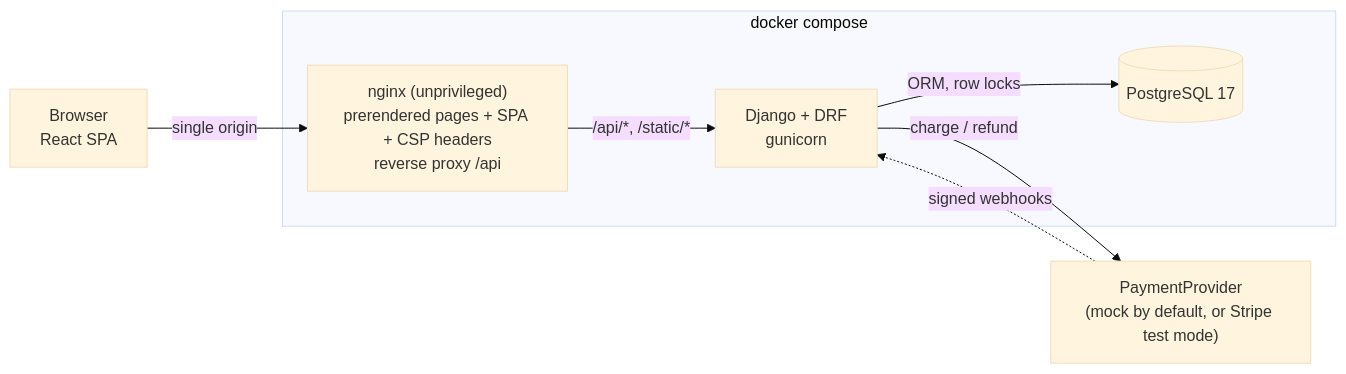
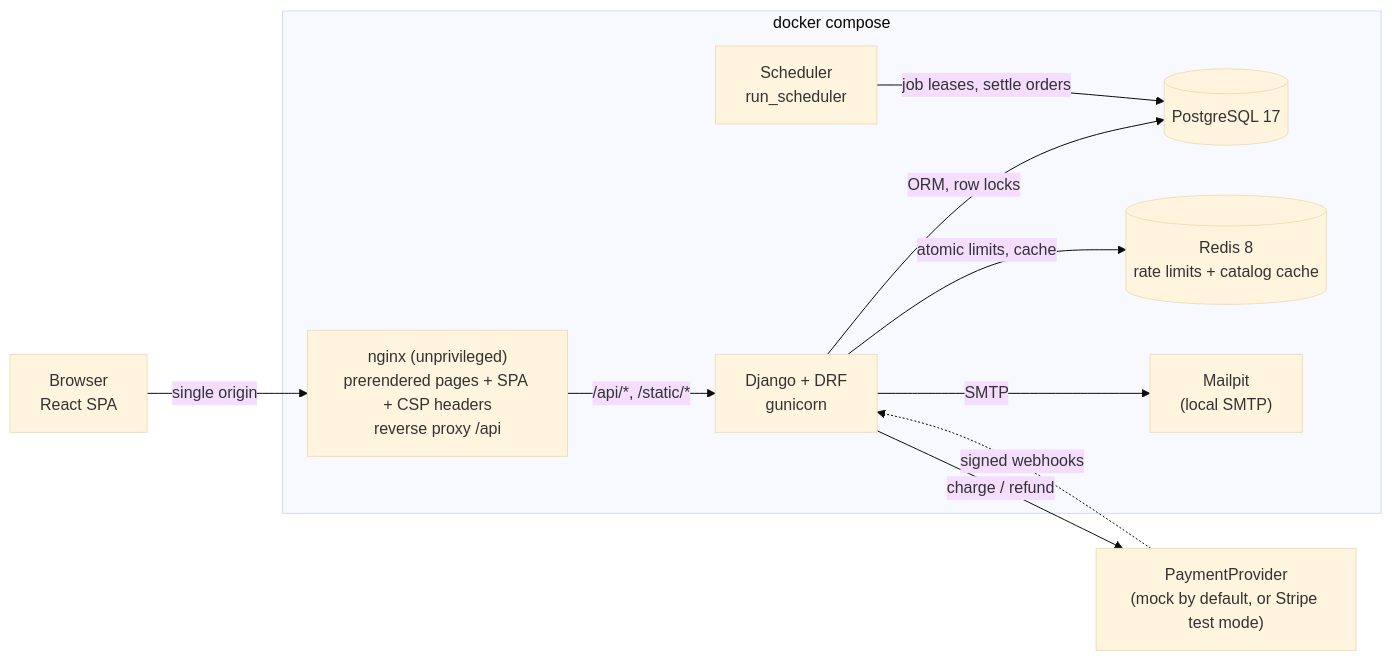
One commit to Arya-9989/SecureCart-Cloud-Native-Security-Enhanced-eCommerce-Platform changed the first of 2 diagrams in README.md. Above: the diagram before and after it, drawn with Mermaid (base theme). The commit also changed other lines of this file and 27 other files, not shown here.

First line of the commit message:
feat(platform): Redis for atomic rate limits and the catalog cache, plus a multi-instance-safe scheduler

````diff
--- a/README.md
+++ b/README.md
@@ -69,18 +73,24 @@
 ```mermaid
 flowchart LR
     browser["Browser<br/>React SPA"]
 
     subgraph compose["docker compose"]
         nginx["nginx (unprivileged)<br/>prerendered pages + SPA + CSP headers<br/>reverse proxy /api"]
         api["Django + DRF<br/>gunicorn"]
+        scheduler["Scheduler<br/>run_scheduler"]
         db[("PostgreSQL 17")]
+        redis[("Redis 8<br/>rate limits + catalog cache")]
+        mail["Mailpit<br/>(local SMTP)"]
     end
 
     payment["PaymentProvider<br/>(mock by default, or Stripe test mode)"]
 
     browser -- "single origin" --> nginx
     nginx -- "/api/*, /static/*" --> api
     api -- "ORM, row locks" --> db
+    api -- "atomic limits, cache" --> redis
+    api -- "SMTP" --> mail
+    scheduler -- "job leases, settle orders" --> db
     api -- "charge / refund" --> payment
     payment -. "signed webhooks" .-> api
 ```
````
